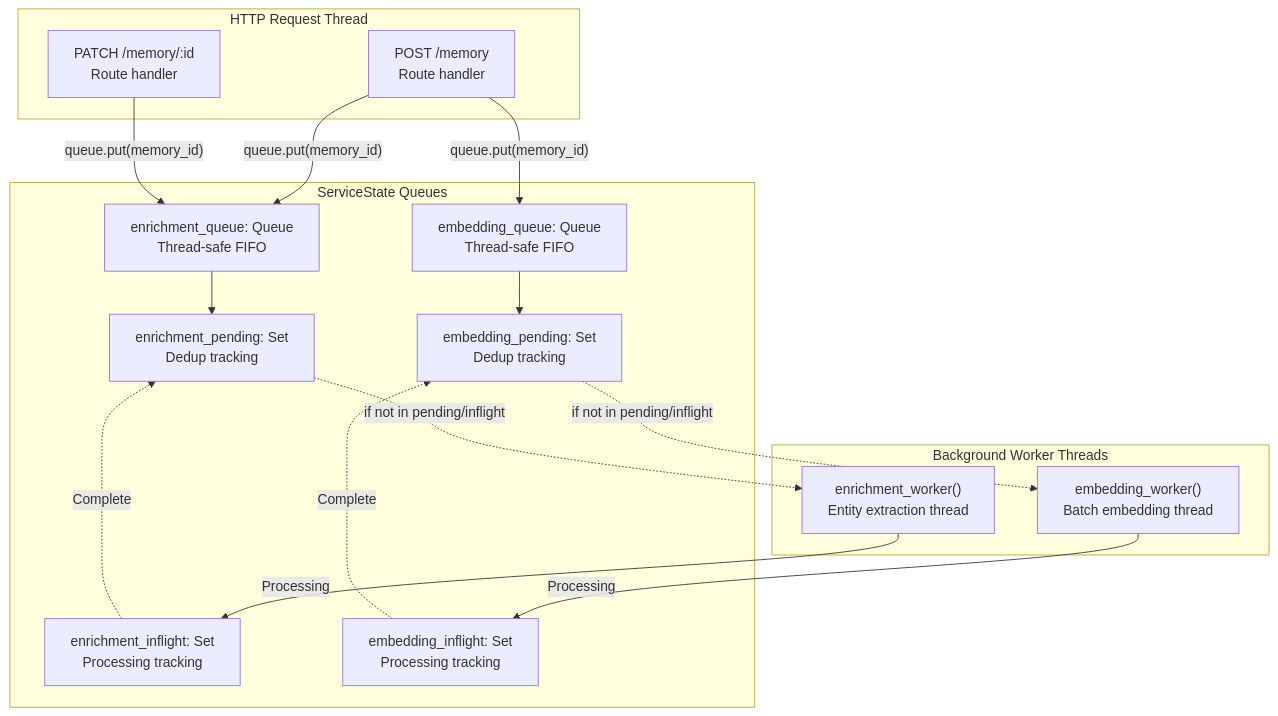
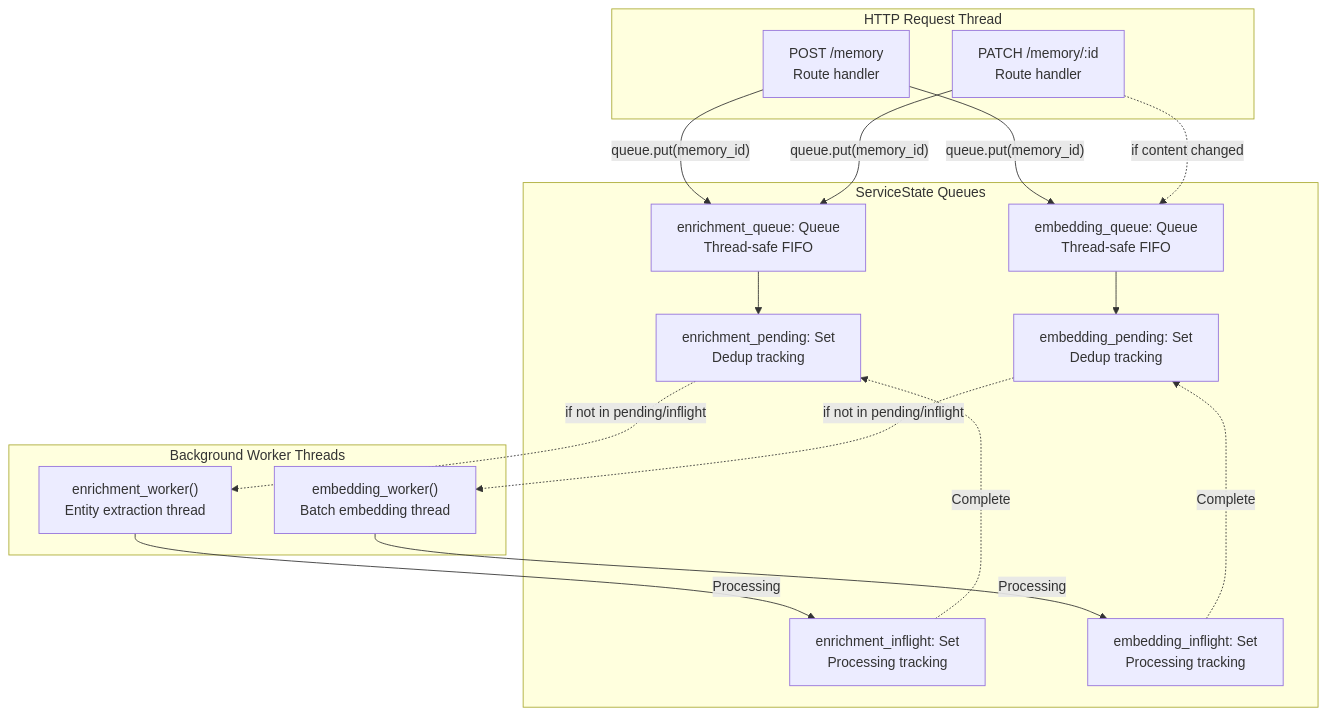
One commit to verygoodplugins/automem-website changed the second of 2 diagrams in src/content/docs/docs/architecture/background-processing.md. Above: the diagram before and after it, drawn with Mermaid. The commit also changed other lines of this file and 545 other files, not shown here.

First line of the commit message:
fix: remove raw DeepWiki data from git, fix PatchMem diagram edges

````diff
--- a/src/content/docs/docs/architecture/background-processing.md
+++ b/src/content/docs/docs/architecture/background-processing.md
@@ -94,39 +95,40 @@
 ```mermaid
 graph TB
     subgraph "HTTP Request Thread"
         PostMemory["POST /memory<br/>Route handler"]
         PatchMemory["PATCH /memory/:id<br/>Route handler"]
     end
 
     subgraph "ServiceState Queues"
         EnrichQ["enrichment_queue: Queue<br/>Thread-safe FIFO"]
         EmbedQ["embedding_queue: Queue<br/>Thread-safe FIFO"]
 
         EnrichPending["enrichment_pending: Set<br/>Dedup tracking"]
         EnrichInflight["enrichment_inflight: Set<br/>Processing tracking"]
 
         EmbedPending["embedding_pending: Set<br/>Dedup tracking"]
         EmbedInflight["embedding_inflight: Set<br/>Processing tracking"]
     end
 
     subgraph "Background Worker Threads"
         EnrichWorker["enrichment_worker()<br/>Entity extraction thread"]
         EmbedWorker["embedding_worker()<br/>Batch embedding thread"]
     end
 
     PostMemory -->|"queue.put(memory_id)"| EnrichQ
     PostMemory -->|"queue.put(memory_id)"| EmbedQ
     PatchMemory -->|"queue.put(memory_id)"| EnrichQ
+    PatchMemory -.->|"if content changed"| EmbedQ
 
     EnrichQ --> EnrichPending
     EmbedQ --> EmbedPending
 
     EnrichPending -.->|"if not in pending/inflight"| EnrichWorker
     EmbedPending -.->|"if not in pending/inflight"| EmbedWorker
 
     EnrichWorker -->|"Processing"| EnrichInflight
     EmbedWorker -->|"Processing"| EmbedInflight
 
     EnrichInflight -.->|"Complete"| EnrichPending
     EmbedInflight -.->|"Complete"| EmbedPending
 ```
````
